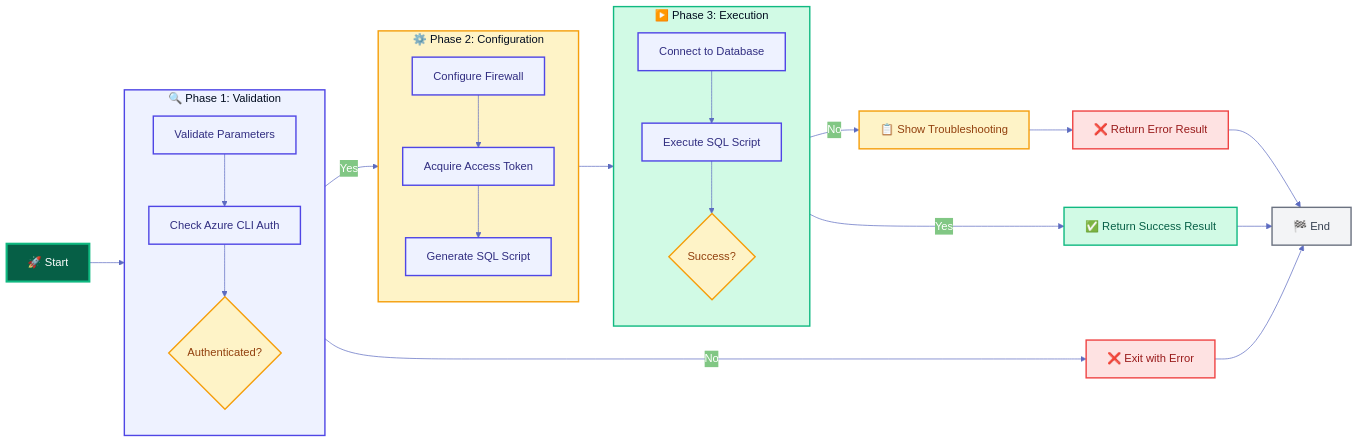
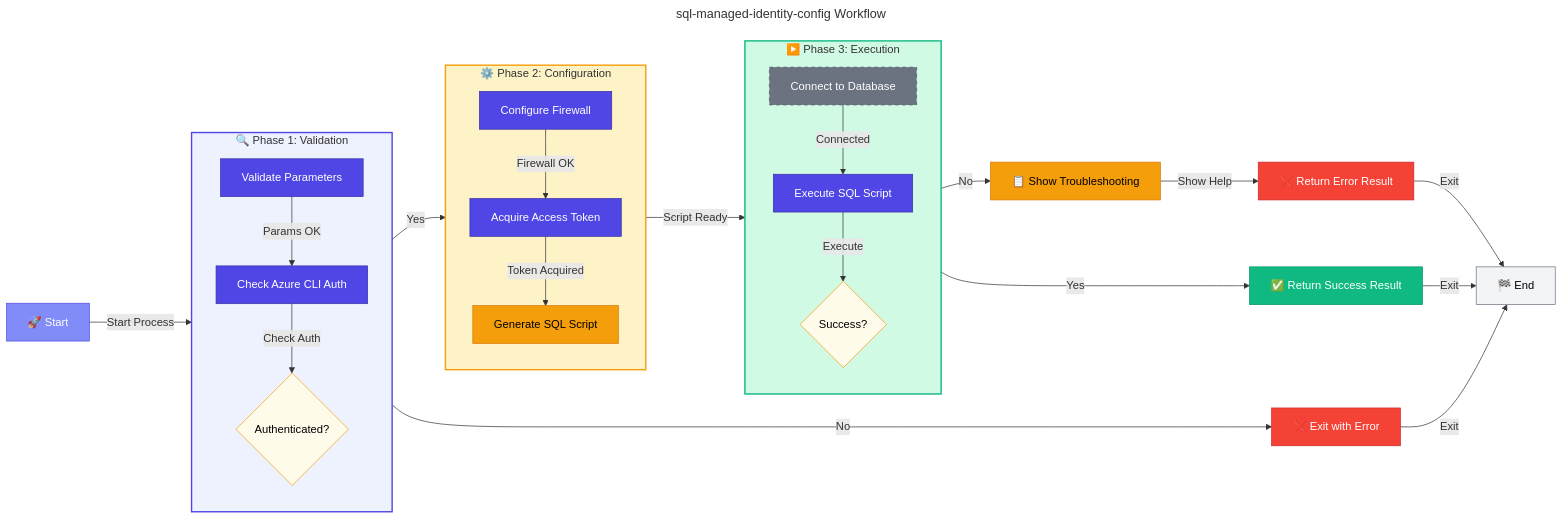
Before and after one commit to Evilazaro/Azure-LogicApps-Monitoring: the diagram in docs/hooks/sql-managed-identity-config.md, drawn with Mermaid. The commit also changed 6 other files, not shown here.

First line of the commit message:
Refactor workflow diagrams in documentation for clarity and consistency

````diff
--- a/docs/hooks/sql-managed-identity-config.md
+++ b/docs/hooks/sql-managed-identity-config.md
@@ -198,69 +198,72 @@
 ```mermaid
-%%{init: {'theme': 'base', 'themeVariables': { 'primaryColor': '#4285f4', 'primaryTextColor': '#fff', 'primaryBorderColor': '#2d6ecf', 'lineColor': '#5c6bc0', 'secondaryColor': '#81c784', 'tertiaryColor': '#fff3e0'}}}%%
+---
+title: sql-managed-identity-config Workflow
+---
 flowchart LR
-    %% Start node
-    A["🚀 Start"]:::startNode
+    %% ===== STYLE DEFINITIONS =====
+    classDef primary fill:#4F46E5,stroke:#3730A3,color:#FFFFFF
+    classDef secondary fill:#10B981,stroke:#059669,color:#FFFFFF
+    classDef datastore fill:#F59E0B,stroke:#D97706,color:#000000
+    classDef external fill:#6B7280,stroke:#4B5563,color:#FFFFFF,stroke-dasharray: 5 5
+    classDef failed fill:#F44336,stroke:#C62828,color:#FFFFFF
+    classDef trigger fill:#818CF8,stroke:#4F46E5,color:#FFFFFF
+    classDef decision fill:#FFFBEB,stroke:#F59E0B,color:#000000
+    classDef input fill:#F3F4F6,stroke:#6B7280,color:#000000
 
-    %% Validation Phase
+    %% ===== TRIGGER NODES =====
+    A["🚀 Start"]:::trigger
+
+    %% ===== PHASE 1: VALIDATION =====
     subgraph validation["🔍 Phase 1: Validation"]
         direction TB
-        B["Validate Parameters"]:::processNode
-        C["Check Azure CLI Auth"]:::processNode
-        D{"Authenticated?"}:::decisionNode
+        B["Validate Parameters"]:::primary
+        C["Check Azure CLI Auth"]:::primary
+        D{"Authenticated?"}:::decision
     end
 
-    %% Configuration Phase
+    %% ===== PHASE 2: CONFIGURATION =====
     subgraph config["⚙️ Phase 2: Configuration"]
         direction TB
-        F["Configure Firewall"]:::processNode
-        G["Acquire Access Token"]:::processNode
-        H["Generate SQL Script"]:::processNode
+        F["Configure Firewall"]:::primary
+        G["Acquire Access Token"]:::primary
+        H["Generate SQL Script"]:::datastore
     end
 
-    %% Execution Phase
+    %% ===== PHASE 3: EXECUTION =====
     subgraph execution["▶️ Phase 3: Execution"]
         direction TB
-        I["Connect to Database"]:::processNode
-        J["Execute SQL Script"]:::processNode
-        K{"Success?"}:::decisionNode
+        I["Connect to Database"]:::external
+        J["Execute SQL Script"]:::primary
+        K{"Success?"}:::decision
     end
 
-    %% Result Nodes
-    E["❌ Exit with Error"]:::errorNode
-    L["📋 Show Troubleshooting"]:::warningNode
-    M["❌ Return Error Result"]:::errorNode
-    N["✅ Return Success Result"]:::successNode
-    O["🏁 End"]:::endNode
+    %% ===== RESULT NODES =====
+    E["❌ Exit with Error"]:::failed
+    L["📋 Show Troubleshooting"]:::datastore
+    M["❌ Return Error Result"]:::failed
+    N["✅ Return Success Result"]:::secondary
+    O["🏁 End"]:::input
 
-    %% Flow connections
-    A --> validation
-    B --> C
-    C --> D
-    D -->|No| E
-    D -->|Yes| config
-    F --> G
-    G --> H
-    H --> execution
-    I --> J
-    J --> K
-    K -->|No| L
-    L --> M
-    K -->|Yes| N
-    M --> O
-    N --> O
-    E --> O
+    %% ===== MAIN FLOW CONNECTIONS =====
+    A -->|"Start Process"| validation
+    B -->|"Params OK"| C
+    C -->|"Check Auth"| D
+    D -->|"No"| E
+    D -->|"Yes"| config
+    F -->|"Firewall OK"| G
+    G -->|"Token Acquired"| H
+    H -->|"Script Ready"| execution
+    I -->|"Connected"| J
+    J -->|"Execute"| K
+    K -->|"No"| L
+    L -->|"Show Help"| M
+    K -->|"Yes"| N
+    M -->|"Exit"| O
+    N -->|"Exit"| O
+    E -->|"Exit"| O
 
-    %% Styling classes
-    classDef startNode fill:#065F46,stroke:#10B981,stroke-width:3px,color:#fff
-    classDef endNode fill:#F3F4F6,stroke:#6B7280,stroke-width:2px,color:#374151
-    classDef processNode fill:#EEF2FF,stroke:#4F46E5,stroke-width:2px,color:#312E81
-    classDef decisionNode fill:#FEF3C7,stroke:#F59E0B,stroke-width:2px,color:#92400E
-    classDef errorNode fill:#FEE2E2,stroke:#EF4444,stroke-width:2px,color:#991B1B
-    classDef successNode fill:#D1FAE5,stroke:#10B981,stroke-width:2px,color:#065F46
-    classDef warningNode fill:#FEF3C7,stroke:#F59E0B,stroke-width:2px,color:#92400E
-
-    %% Subgraph styling
+    %% ===== SUBGRAPH STYLES =====
     style validation fill:#EEF2FF,stroke:#4F46E5,stroke-width:2px
     style config fill:#FEF3C7,stroke:#F59E0B,stroke-width:2px
     style execution fill:#D1FAE5,stroke:#10B981,stroke-width:2px
 ```
````
